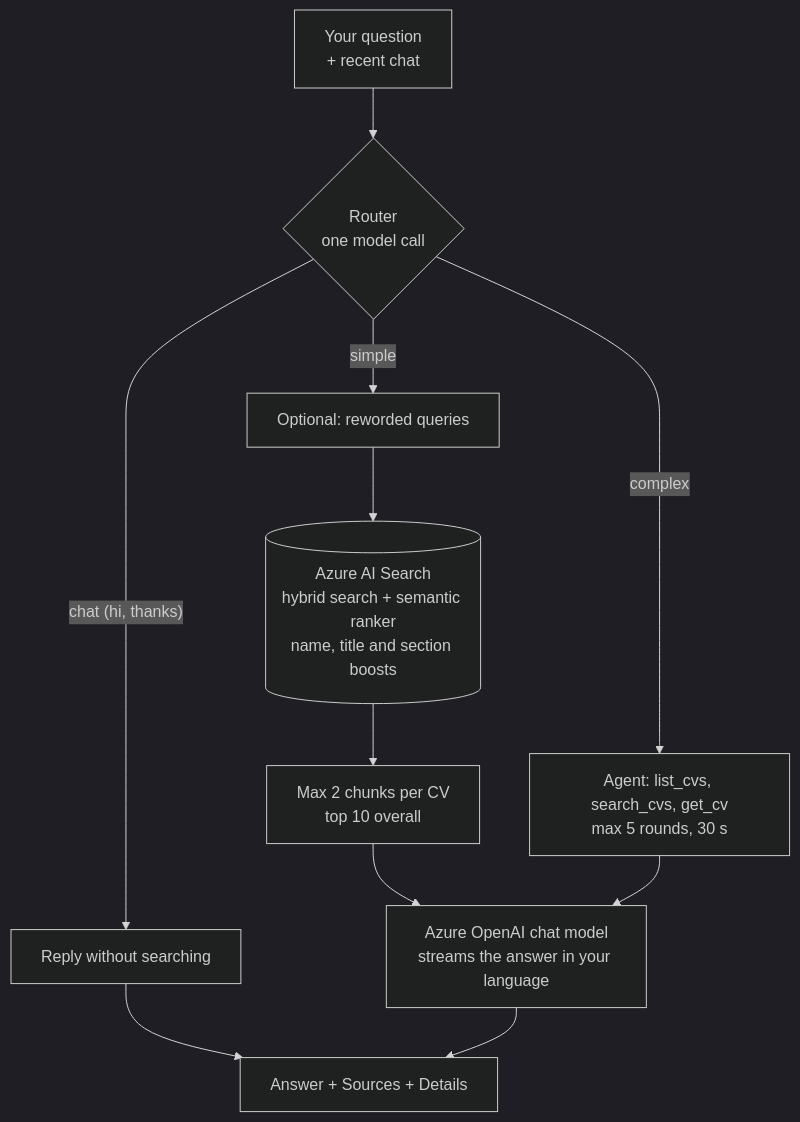
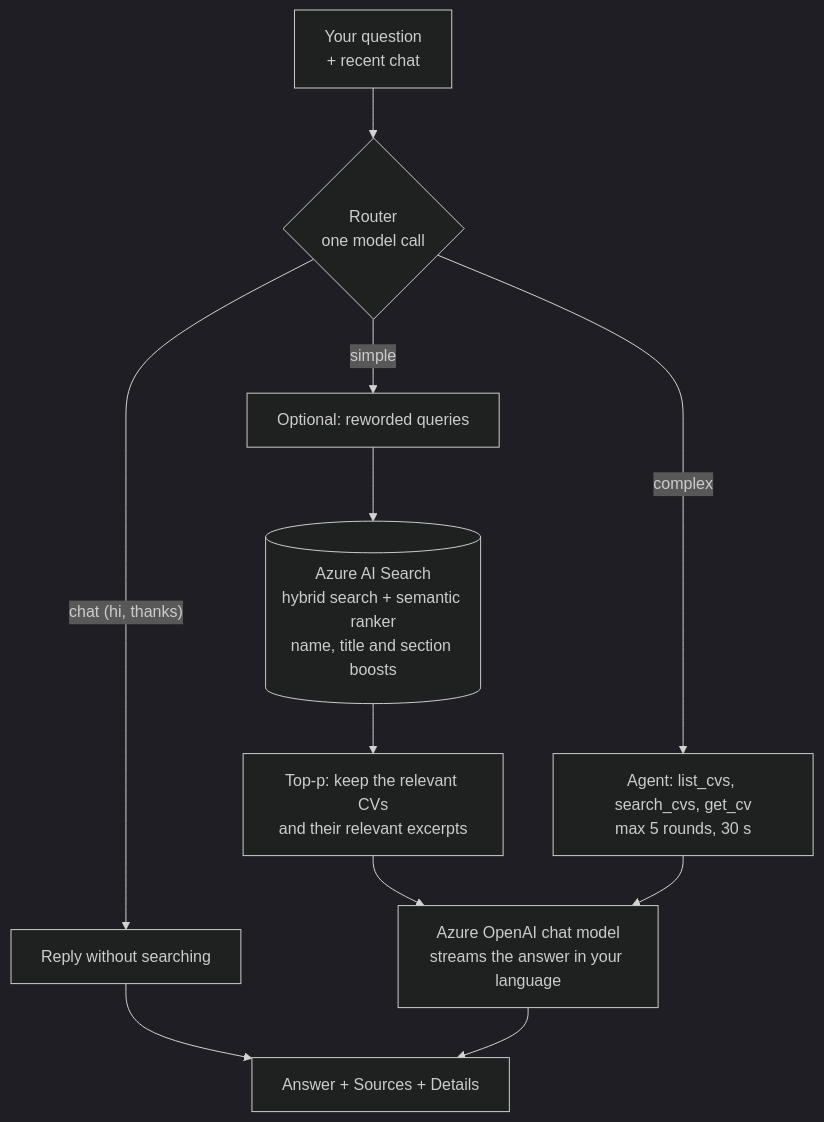
One commit to sherif2004/chat-with-cv changed the second of 3 diagrams in README.md. Above: the diagram before and after it, drawn with Mermaid (dark theme). The commit also changed other lines of this file and 3 other files, not shown here.

First line of the commit message:
Keep the relevant candidates and excerpts (top-p) instead of a fixed top-k

````diff
--- a/README.md
+++ b/README.md
@@ -85,13 +85,13 @@
 ```mermaid
 flowchart TD
     Q["Your question<br/>+ recent chat"] --> R{"Router<br/>one model call"}
     R -- "chat (hi, thanks)" --> C["Reply without searching"]
     R -- simple --> X["Optional: reworded queries"]
     X --> S[("Azure AI Search<br/>hybrid search + semantic ranker<br/>name, title and section boosts")]
-    S --> T["Max 2 chunks per CV<br/>top 10 overall"]
+    S --> T["Top-p: keep the relevant CVs<br/>and their relevant excerpts"]
     T --> M["Azure OpenAI chat model<br/>streams the answer in your language"]
     R -- complex --> G["Agent: list_cvs, search_cvs, get_cv<br/>max 5 rounds, 30 s"]
     G --> M
     C --> A["Answer + Sources + Details"]
     M --> A
 ```
````
